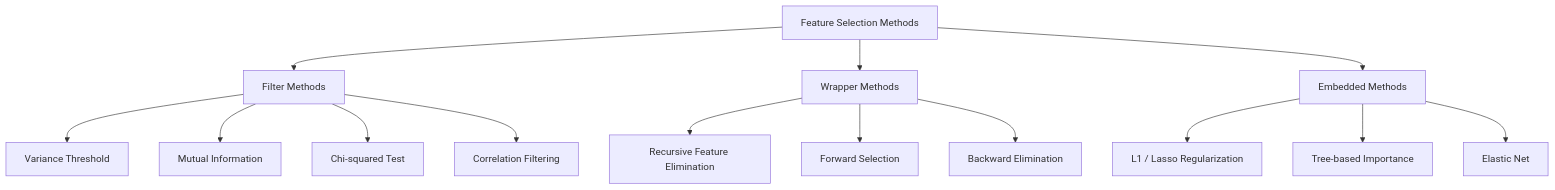
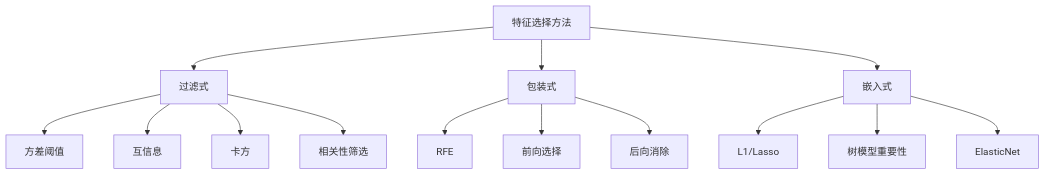
One commit to omigaZen/ai-engineering-from-scratch changed the first of 3 diagrams in phases/02-ml-fundamentals/18-feature-selection/docs/zh.md. Above: the diagram before and after it, drawn with Mermaid. The commit also changed other lines of this file, not shown here.

````diff
--- a/phases/02-ml-fundamentals/18-feature-selection/docs/zh.md
+++ b/phases/02-ml-fundamentals/18-feature-selection/docs/zh.md
@@ -53,19 +33,19 @@
 ```mermaid
 flowchart TD
-    A[Feature Selection Methods] --> B[Filter Methods]
-    A --> C[Wrapper Methods]
-    A --> D[Embedded Methods]
+    A[特征选择方法] --> B[过滤式]
+    A --> C[包装式]
+    A --> D[嵌入式]
 
-    B --> B1["Variance Threshold"]
-    B --> B2["Mutual Information"]
-    B --> B3["Chi-squared Test"]
-    B --> B4["Correlation Filtering"]
+    B --> B1[方差阈值]
+    B --> B2[互信息]
+    B --> B3[卡方]
+    B --> B4[相关性筛选]
 
-    C --> C1["Recursive Feature Elimination"]
-    C --> C2["Forward Selection"]
-    C --> C3["Backward Elimination"]
+    C --> C1[RFE]
+    C --> C2[前向选择]
+    C --> C3[后向消除]
 
-    D --> D1["L1 / Lasso Regularization"]
-    D --> D2["Tree-based Importance"]
-    D --> D3["Elastic Net"]
+    D --> D1[L1/Lasso]
+    D --> D2[树模型重要性]
+    D --> D3[ElasticNet]
 ```
````
